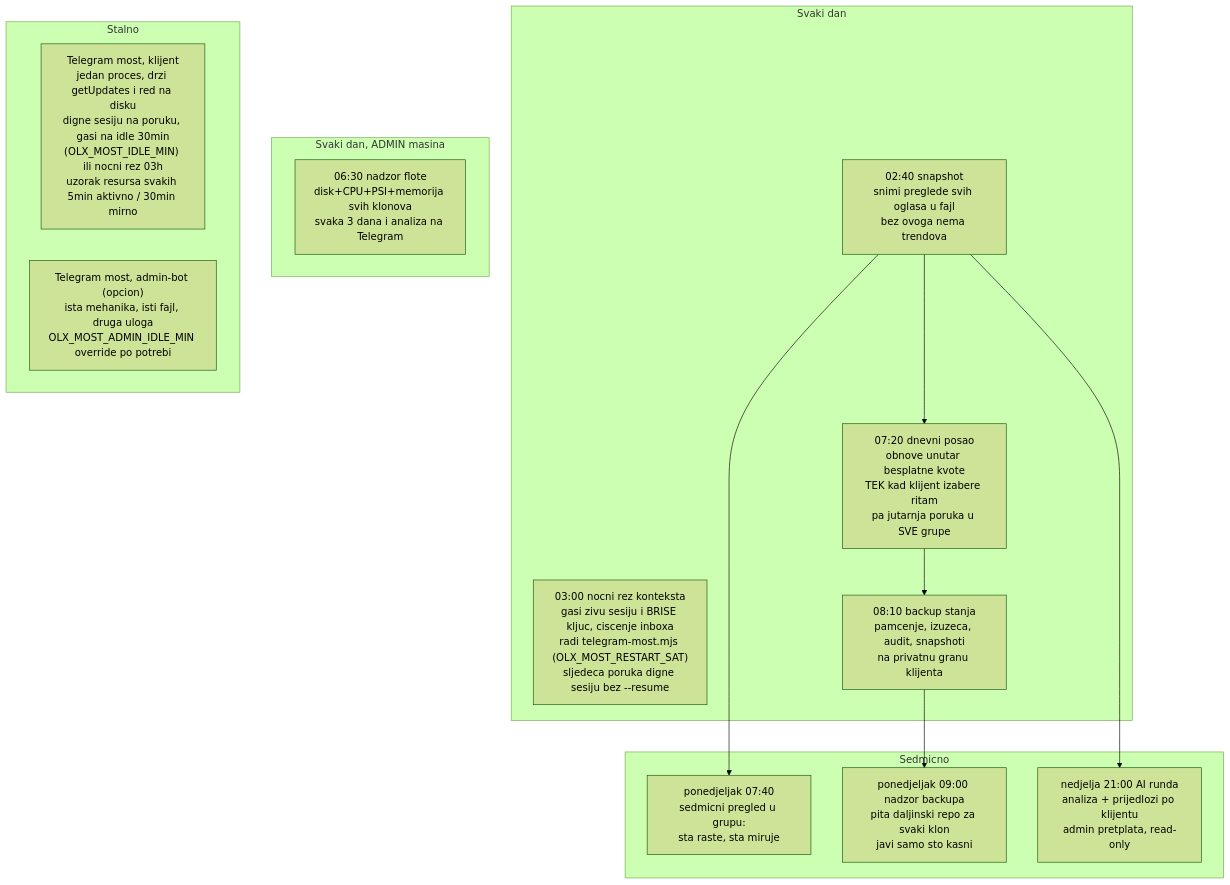
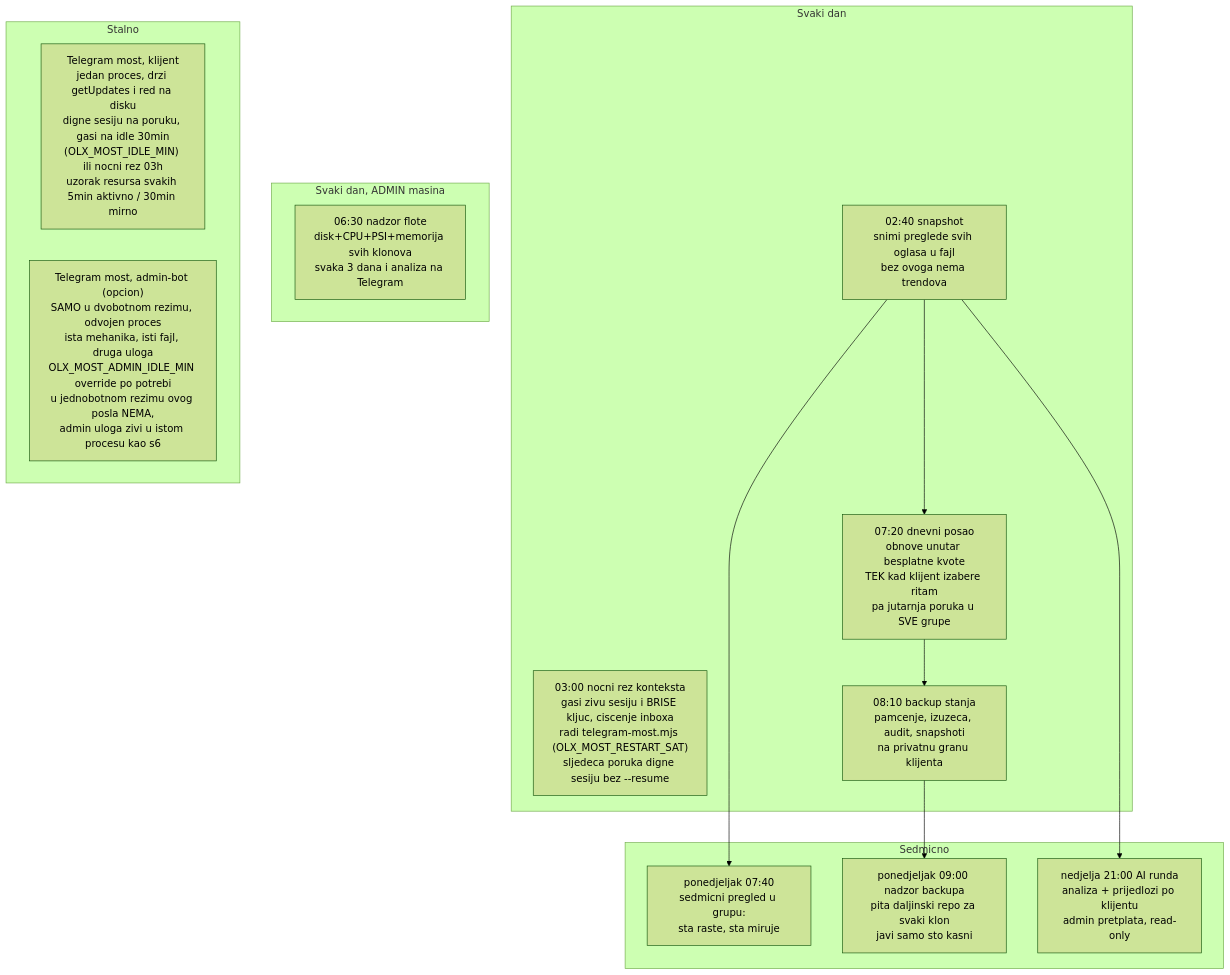
Before and after one commit to mob-dev-org/olx-mcp-api: the third of 8 diagrams in olx-dokumentacija/arhitektura.md, drawn with Mermaid (forest theme). The commit also changed other lines of this file and 21 other files, not shown here.

````diff
--- a/olx-dokumentacija/arhitektura.md
+++ b/olx-dokumentacija/arhitektura.md
@@ -101,27 +118,27 @@
 ```mermaid
 flowchart TB
     subgraph dan["Svaki dan"]
         s1["02:40 snapshot<br/>snimi preglede svih oglasa u fajl<br/>bez ovoga nema trendova"]
         s2["03:00 nocni rez konteksta<br/>gasi zivu sesiju i BRISE kljuc, ciscenje inboxa<br/>radi telegram-most.mjs (OLX_MOST_RESTART_SAT)<br/>sljedeca poruka digne sesiju bez --resume"]
         s3["07:20 dnevni posao<br/>obnove unutar besplatne kvote<br/>TEK kad klijent izabere ritam<br/>pa jutarnja poruka u SVE grupe"]
         s8["08:10 backup stanja<br/>pamcenje, izuzeca, audit, snapshoti<br/>na privatnu granu klijenta"]
     end
     subgraph danAdmin["Svaki dan, ADMIN masina"]
         s10["06:30 nadzor flote<br/>disk+CPU+PSI+memorija svih klonova<br/>svaka 3 dana i analiza na Telegram"]
     end
     subgraph sedmica["Sedmicno"]
         s4["ponedjeljak 07:40<br/>sedmicni pregled u grupu:<br/>sta raste, sta miruje"]
         s9["ponedjeljak 09:00 nadzor backupa<br/>pita daljinski repo za svaki klon<br/>javi samo sto kasni"]
         s5["nedjelja 21:00 AI runda<br/>analiza + prijedlozi po klijentu<br/>admin pretplata, read-only"]
     end
     subgraph stalno["Stalno"]
         s6["Telegram most, klijent<br/>jedan proces, drzi getUpdates i red na disku<br/>digne sesiju na poruku, gasi na idle 30min<br/>(OLX_MOST_IDLE_MIN) ili nocni rez 03h<br/>uzorak resursa svakih 5min aktivno / 30min mirno"]
-        s7["Telegram most, admin-bot (opcion)<br/>ista mehanika, isti fajl, druga uloga<br/>OLX_MOST_ADMIN_IDLE_MIN override po potrebi"]
+        s7["Telegram most, admin-bot (opcion)<br/>SAMO u dvobotnom rezimu, odvojen proces<br/>ista mehanika, isti fajl, druga uloga<br/>OLX_MOST_ADMIN_IDLE_MIN override po potrebi<br/>u jednobotnom rezimu ovog posla NEMA,<br/>admin uloga zivi u istom procesu kao s6"]
     end
 
     s1 --> s3
     s3 --> s8
     s1 --> s4
     s1 --> s5
     s8 --> s9
 ```
````
